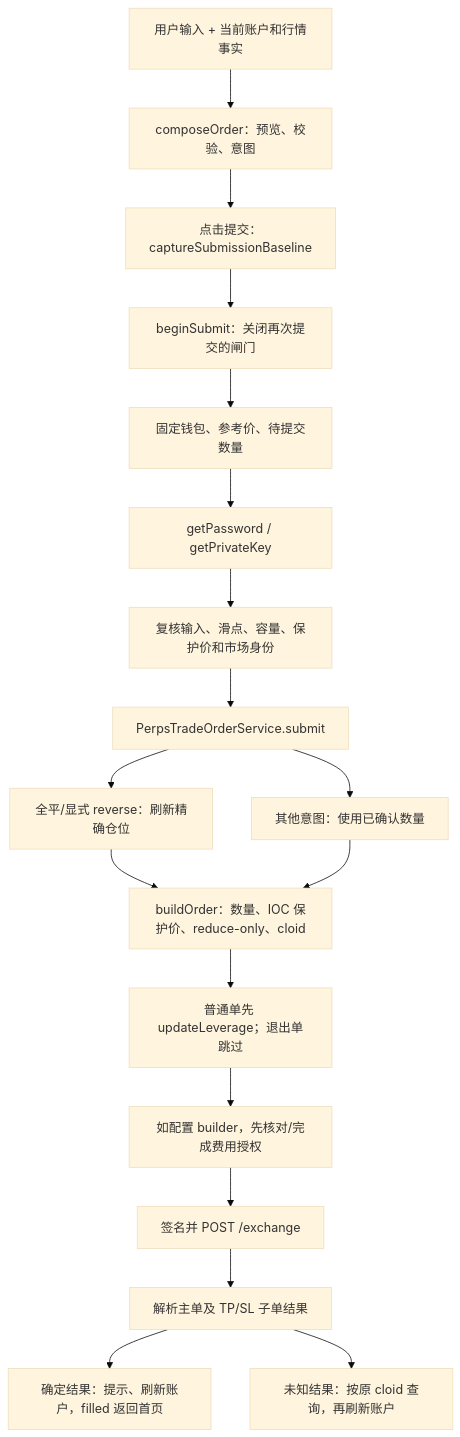
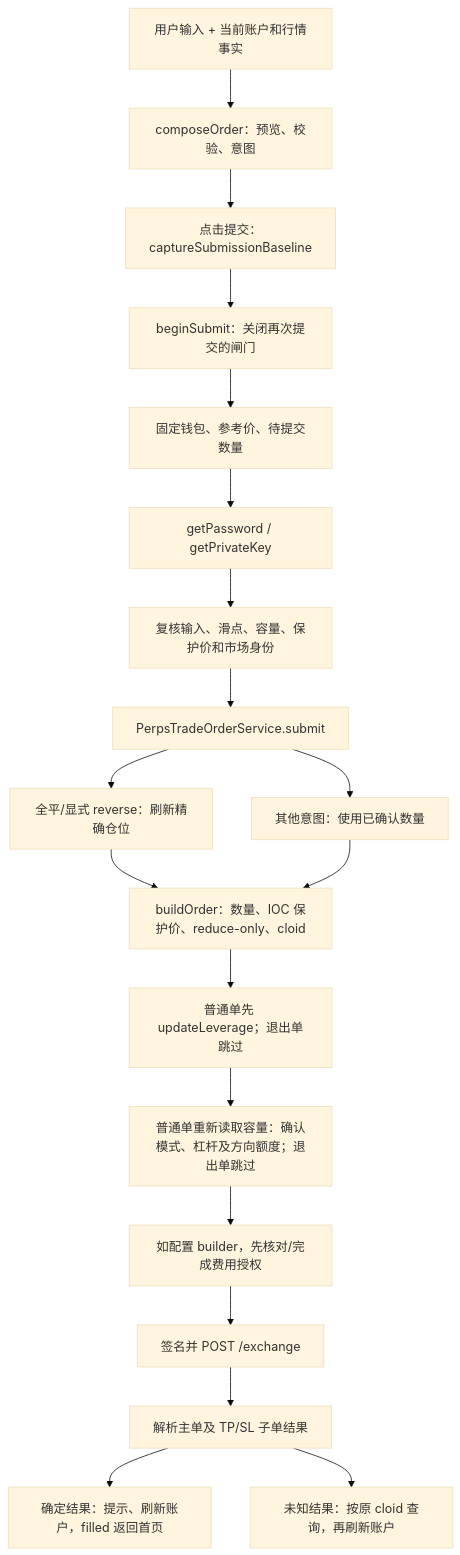
The diagram in src/app/popup/perps/perps-order/README.md (NeoNEXT/neoline), drawn with Mermaid (base theme) before and after one commit. The commit also changed other lines of this file and 15 other files, not shown here.

````diff
--- a/src/app/popup/perps/perps-order/README.md
+++ b/src/app/popup/perps/perps-order/README.md
@@ -75,20 +75,21 @@
 ```mermaid
 flowchart TD
   A[用户输入 + 当前账户和行情事实] --> B[composeOrder：预览、校验、意图]
   B --> C[点击提交：captureSubmissionBaseline]
   C --> D[beginSubmit：关闭再次提交的闸门]
   D --> E[固定钱包、参考价、待提交数量]
   E --> F[getPassword / getPrivateKey]
   F --> G[复核输入、滑点、容量、保护价和市场身份]
   G --> H[PerpsTradeOrderService.submit]
   H --> I[全平/显式 reverse：刷新精确仓位]
   H --> J[其他意图：使用已确认数量]
   I --> K[buildOrder：数量、IOC 保护价、reduce-only、cloid]
   J --> K
   K --> L[普通单先 updateLeverage；退出单跳过]
-  L --> M[如配置 builder，先核对/完成费用授权]
+  L --> R[普通单重新读取容量：确认模式、杠杆及方向额度；退出单跳过]
+  R --> M[如配置 builder，先核对/完成费用授权]
   M --> N[签名并 POST /exchange]
   N --> O[解析主单及 TP/SL 子单结果]
   O --> P[确定结果：提示、刷新账户，filled 返回首页]
   O --> Q[未知结果：按原 cloid 查询，再刷新账户]
 ```
````
